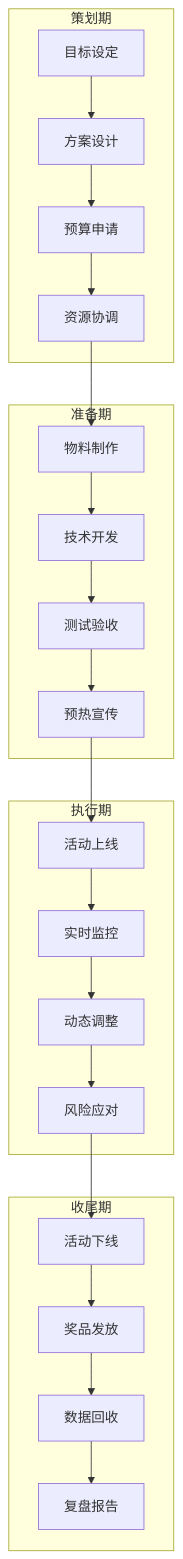
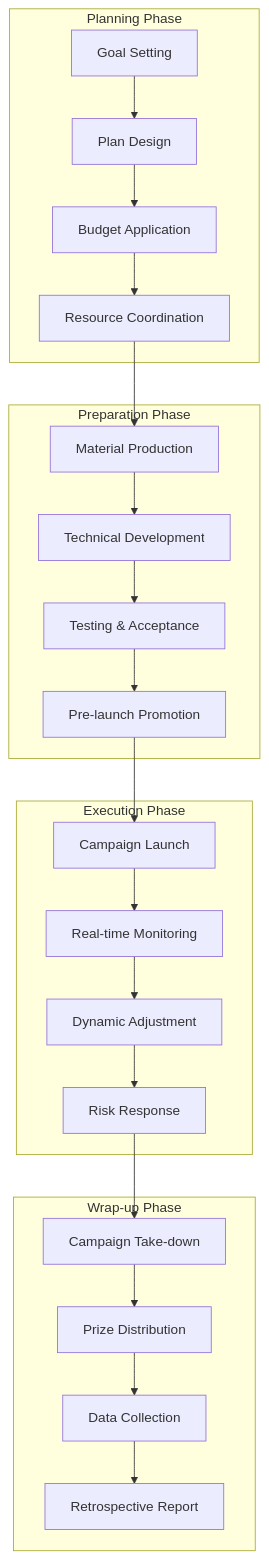
One commit to Kirky-X/cangjie changed the sixth of 9 diagrams in templates/产品/运营层/【模板】运营手册.md. Above: the diagram before and after it, drawn with Mermaid. The commit also changed other lines of this file and 46 other files, not shown here.

````diff
--- a/templates/产品/运营层/【模板】运营手册.md
+++ b/templates/产品/运营层/【模板】运营手册.md
@@ -274,30 +274,30 @@
 ```mermaid
 flowchart TD
-    subgraph 策划期
-        A1[目标设定] --> A2[方案设计]
-        A2 --> A3[预算申请]
-        A3 --> A4[资源协调]
+    subgraph Planning Phase
+        A1[Goal Setting] --> A2[Plan Design]
+        A2 --> A3[Budget Application]
+        A3 --> A4[Resource Coordination]
     end
 
-    subgraph 准备期
-        B1[物料制作] --> B2[技术开发]
-        B2 --> B3[测试验收]
-        B3 --> B4[预热宣传]
+    subgraph Preparation Phase
+        B1[Material Production] --> B2[Technical Development]
+        B2 --> B3[Testing & Acceptance]
+        B3 --> B4[Pre-launch Promotion]
     end
 
-    subgraph 执行期
-        C1[活动上线] --> C2[实时监控]
-        C2 --> C3[动态调整]
-        C3 --> C4[风险应对]
+    subgraph Execution Phase
+        C1[Campaign Launch] --> C2[Real-time Monitoring]
+        C2 --> C3[Dynamic Adjustment]
+        C3 --> C4[Risk Response]
     end
 
-    subgraph 收尾期
-        D1[活动下线] --> D2[奖品发放]
-        D2 --> D3[数据回收]
-        D3 --> D4[复盘报告]
+    subgraph Wrap-up Phase
+        D1[Campaign Take-down] --> D2[Prize Distribution]
+        D2 --> D3[Data Collection]
+        D3 --> D4[Retrospective Report]
     end
 
     A4 --> B1
     B4 --> C1
     C4 --> D1
 ```
````
